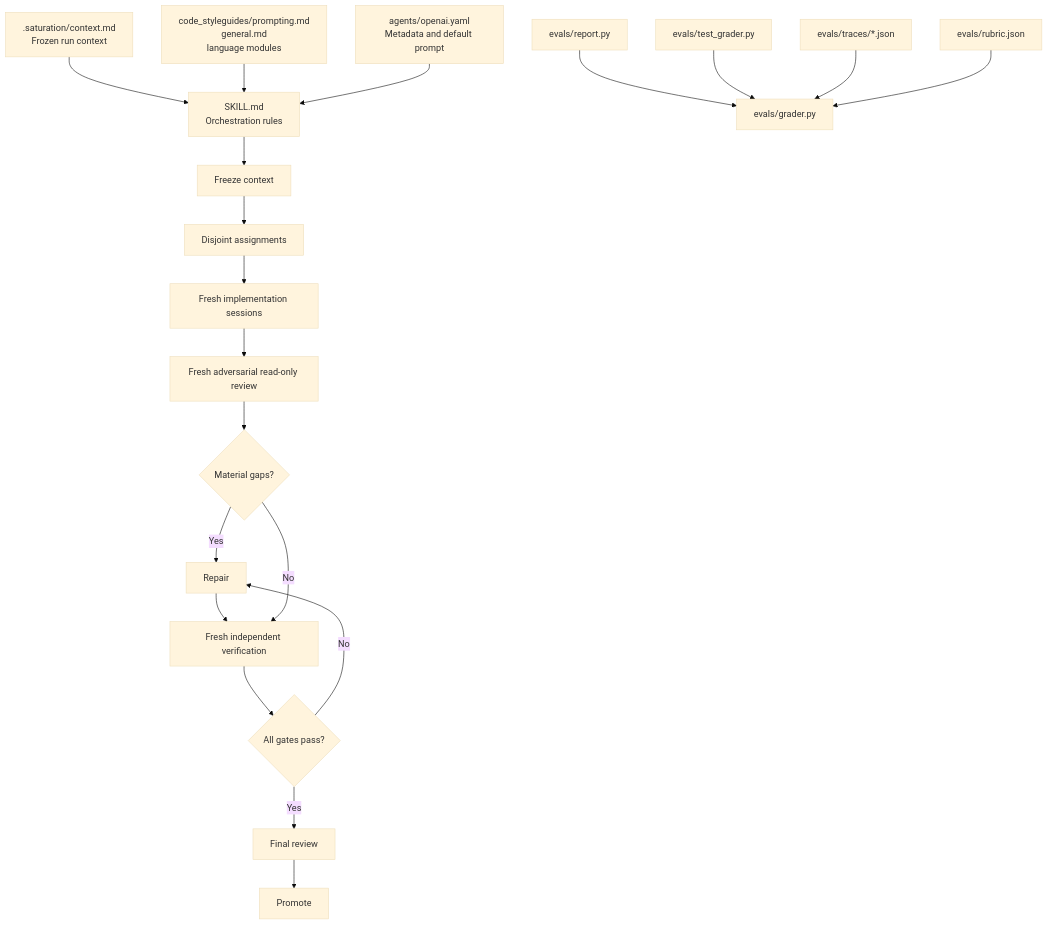
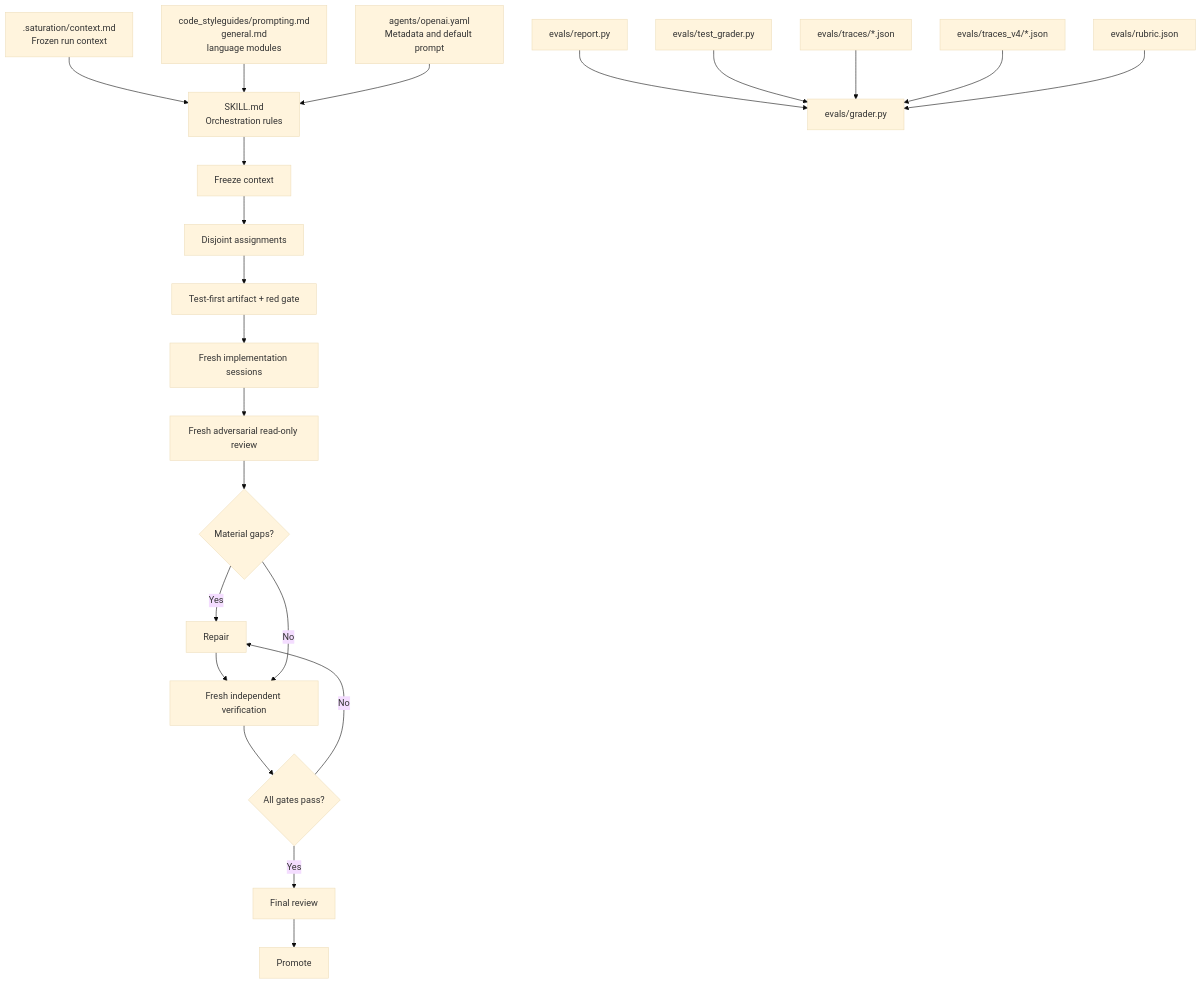
The diagram in README.md (luansilvadb/saturation), drawn with Mermaid (base theme) before and after one commit. The commit also changed other lines of this file and 32 other files, not shown here.

Commit message:
feat: add saturation skill with evaluation traces, contracts, and test suite

````diff
--- a/README.md
+++ b/README.md
@@ -35,24 +39,26 @@
 ```mermaid
 flowchart TD
     C[".saturation/context.md<br/>Frozen run context"] --> S["SKILL.md<br/>Orchestration rules"]
     G["code_styleguides/prompting.md<br/>general.md<br/>language modules"] --> S
     M["agents/openai.yaml<br/>Metadata and default prompt"] --> S
 
     S --> F["Freeze context"]
     F --> A["Disjoint assignments"]
-    A --> I["Fresh implementation sessions"]
+    A --> TF["Test-first artifact + red gate"]
+    TF --> I["Fresh implementation sessions"]
     I --> R["Fresh adversarial read-only review"]
     R --> P{"Material gaps?"}
     P -- "Yes" --> X["Repair"]
     X --> V["Fresh independent verification"]
     P -- "No" --> V
     V --> Q{"All gates pass?"}
     Q -- "No" --> X
     Q -- "Yes" --> PR["Final review"]
     PR --> PM["Promote"]
 
     E["evals/report.py"] --> GR["evals/grader.py"]
     T["evals/test_grader.py"] --> GR
     TR["evals/traces/*.json"] --> GR
+    TV["evals/traces_v4/*.json"] --> GR
     RB["evals/rubric.json"] --> GR
 ```
````
